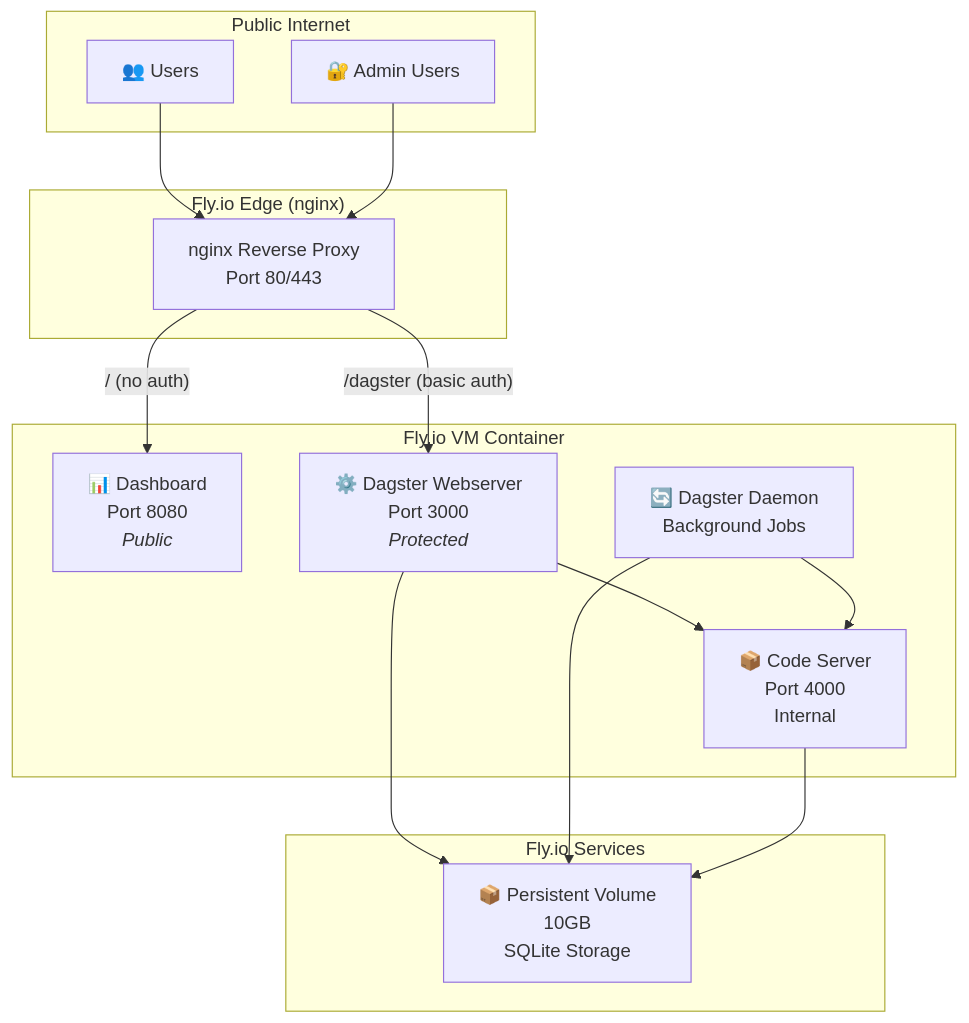
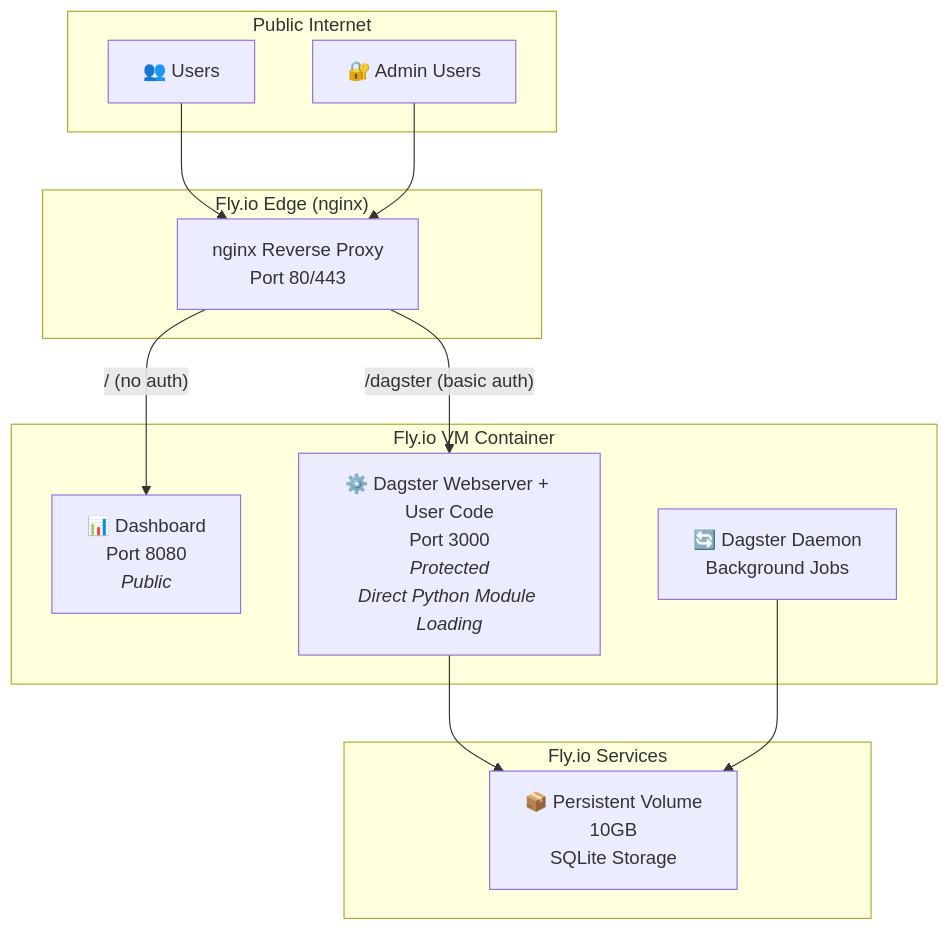
The diagram in docs/docs/deployment/fly.md (andrewm4894/anomstack), drawn with Mermaid before and after one commit. The commit also changed other lines of this file and 1 other file, not shown here.

Commit message:
Update docs site to reflect gRPC-free default architecture
- Remove outdated gRPC Code Server references from architecture diagrams
- Update Fly.io deployment docs to show direct Python module loading
- Remove DAGSTER_CODE_SERVER_HOST from environment variable lists
- Add informational note about architecture simplification in deployment overview
- Maintain backward compatibility information for users who need gRPC

🤖 Generated with [Claude Code](https://claude.ai/code)

````diff
--- a/docs/docs/deployment/fly.md
+++ b/docs/docs/deployment/fly.md
@@ -32,32 +32,28 @@
 ```mermaid
 graph TB
     subgraph "Public Internet"
         USERS[👥 Users]
         ADMIN[🔐 Admin Users]
     end
 
     subgraph "Fly.io Edge (nginx)"
         PROXY[nginx Reverse Proxy<br/>Port 80/443]
     end
 
     subgraph "Fly.io VM Container"
         DASH[📊 Dashboard<br/>Port 8080<br/><i>Public</i>]
-        WEB[⚙️ Dagster Webserver<br/>Port 3000<br/><i>Protected</i>]
+        WEB[⚙️ Dagster Webserver + User Code<br/>Port 3000<br/><i>Protected</i><br/><i>Direct Python Module Loading</i>]
         DAEMON[🔄 Dagster Daemon<br/>Background Jobs]
-        CODE[📦 Code Server<br/>Port 4000<br/>Internal]
     end
 
     subgraph "Fly.io Services"
         VOL[📦 Persistent Volume<br/>10GB<br/>SQLite Storage]
     end
 
     USERS --> PROXY
     ADMIN --> PROXY
     PROXY -->|"/ (no auth)"| DASH
     PROXY -->|"/dagster (basic auth)"| WEB
-    WEB --> CODE
-    DAEMON --> CODE
     WEB --> VOL
     DAEMON --> VOL
-    CODE --> VOL
 ```
````
